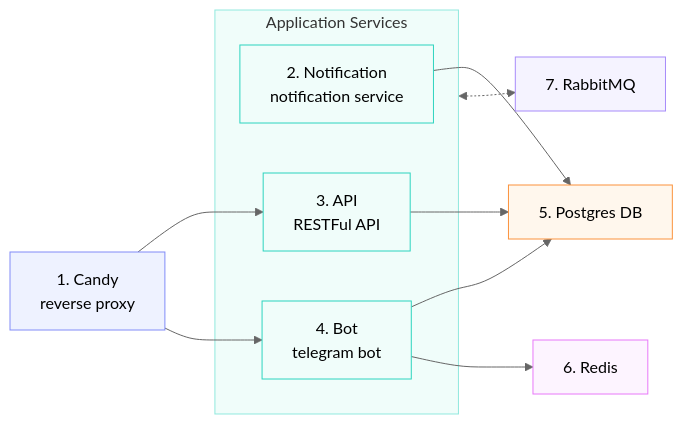
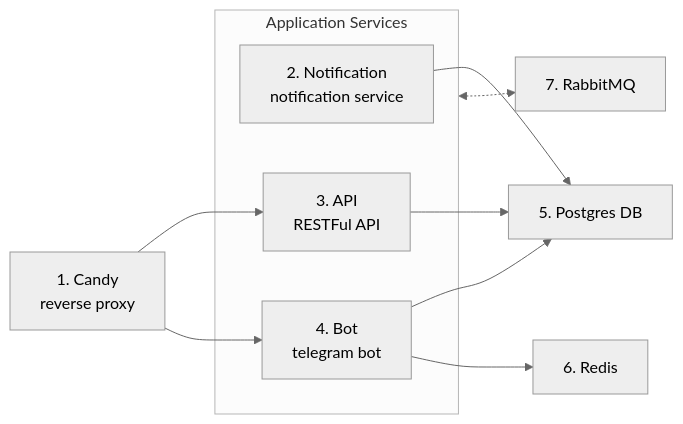
The diagram in README.md (sasha4ka/barber-bot), drawn with Mermaid (neutral theme) before and after one commit.

````diff
--- a/README.md
+++ b/README.md
@@ -11,38 +11,26 @@
 ```mermaid
 flowchart LR
   Candy["1. Candy<br/>reverse proxy"]
   PostgresDB["5. Postgres DB"]
   Redis["6. Redis"]
   RabbitMQ["7. RabbitMQ"]
 
   subgraph Services["Application Services"]
     Notification["2. Notification<br/>notification service"]
     API["3. API<br/>RESTFul API"]
     Bot["4. Bot<br/>telegram bot"]
   end
 
   Candy --> API
   Candy --> Bot
   
   Services <-.-> RabbitMQ
   
   Notification --> PostgresDB
   API --> PostgresDB
   Bot --> PostgresDB
   
   Bot --> Redis
-
-  classDef proxyClass stroke:#818cf8,fill:#eef2ff
-  classDef serviceClass stroke:#2dd4bf,fill:#f0fdfa
-  classDef storageClass stroke:#fb923c,fill:#fff7ed
-  classDef cacheClass stroke:#e879f9,fill:#fdf4ff
-  classDef queueClass stroke:#a78bfa,fill:#f5f3ff
-  classDef subgraphClass stroke:#2dd4bf,fill:#f0fdfa,stroke-opacity:0.5
-
-  class Candy proxyClass
-  class Notification,API,Bot serviceClass
-  class PostgresDB storageClass
-  class Redis cacheClass
-  class RabbitMQ queueClass
+  classDef subgraphClass stroke-opacity:0.5
   class Services subgraphClass
 ```
````
